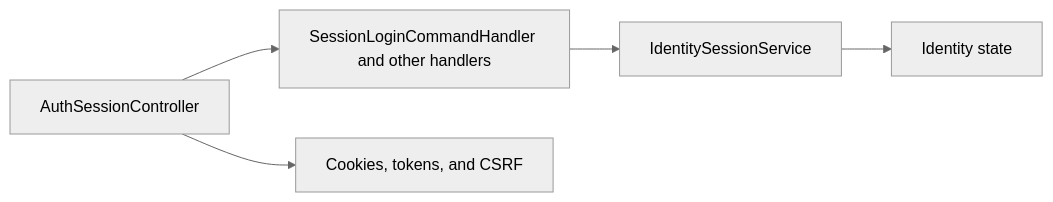
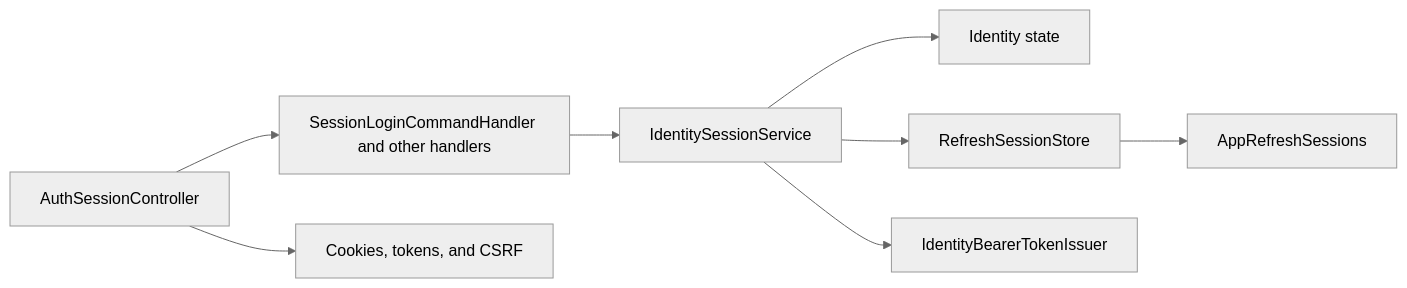
Before and after one commit to Weretik/KedrStore: the diagram in docs/sdd/features/identity/session.md, drawn with Mermaid (neutral theme). The commit also changed other lines of this file and 32 other files, not shown here.

First line of the commit message:
Harden Identity sessions (auth rollout phase A)

````diff
--- a/docs/sdd/features/identity/session.md
+++ b/docs/sdd/features/identity/session.md
@@ -29,7 +32,10 @@
 ```mermaid
 flowchart LR
     A["AuthSessionController"] --> B["SessionLoginCommandHandler and other handlers"]
     B --> C["IdentitySessionService"]
     C --> D["Identity state"]
+    C --> F["RefreshSessionStore"]
+    C --> G["IdentityBearerTokenIssuer"]
+    F --> H["AppRefreshSessions"]
     A --> E["Cookies, tokens, and CSRF"]
 ```
````
